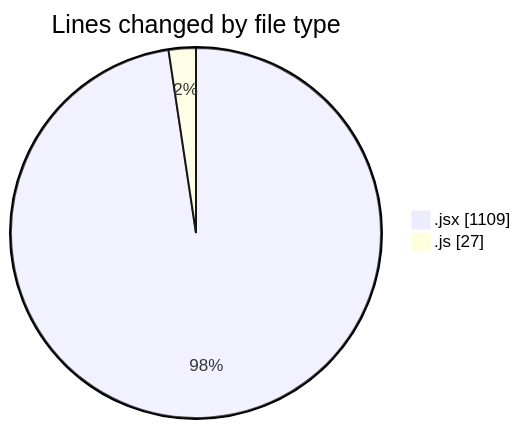
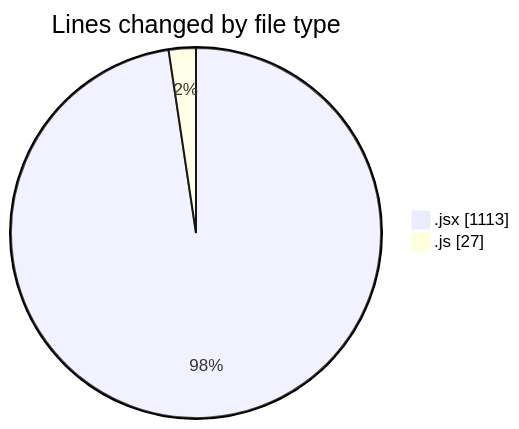
Before and after one commit to nxtqubesakshisongat/code-tracking: the first of 2 diagrams in 2025-05-16/argos-dev/README.md, drawn with Mermaid. The commit also changed other lines of this file and 1 other file, not shown here.

````diff
--- a/2025-05-16/argos-dev/README.md
+++ b/2025-05-16/argos-dev/README.md
@@ -23,6 +23,6 @@
 ```mermaid
 pie showData
 title Lines changed by file type
-".jsx" : 1109
+".jsx" : 1113
 ".js" : 27
 ```
````
